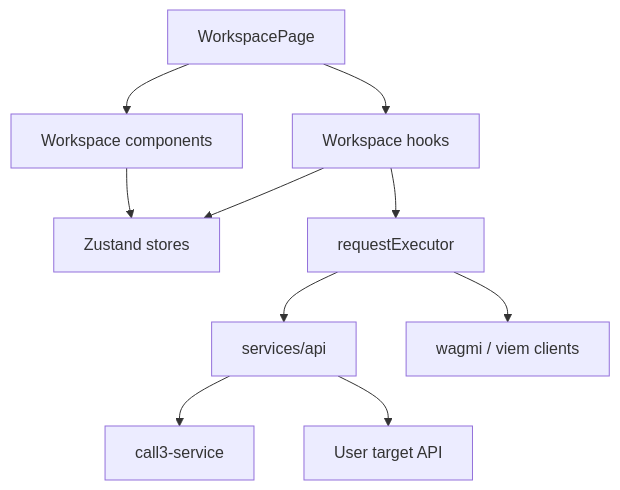
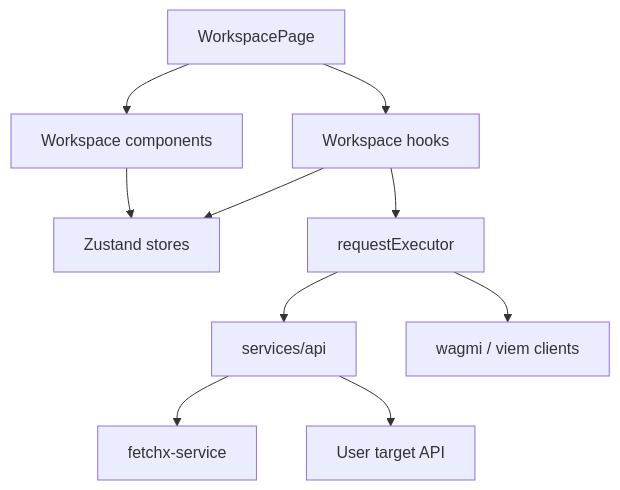
The diagram in docs/features/workspace/architecture.md (shinnodua/fetchx), drawn with Mermaid before and after one commit. The commit also changed other lines of this file and 76 other files, not shown here.

````diff
--- a/docs/features/workspace/architecture.md
+++ b/docs/features/workspace/architecture.md
@@ -7,12 +7,12 @@
 ```mermaid
 flowchart TD
   Page["WorkspacePage"] --> UI["Workspace components"]
   Page --> Hooks["Workspace hooks"]
   Hooks --> Stores["Zustand stores"]
   Hooks --> Executor["requestExecutor"]
   Executor --> Api["services/api"]
   Executor --> Wallet["wagmi / viem clients"]
   UI --> Stores
-  Api --> Call3["call3-service"]
+  Api --> Fetchx["fetchx-service"]
   Api --> Target["User target API"]
 ```
````
